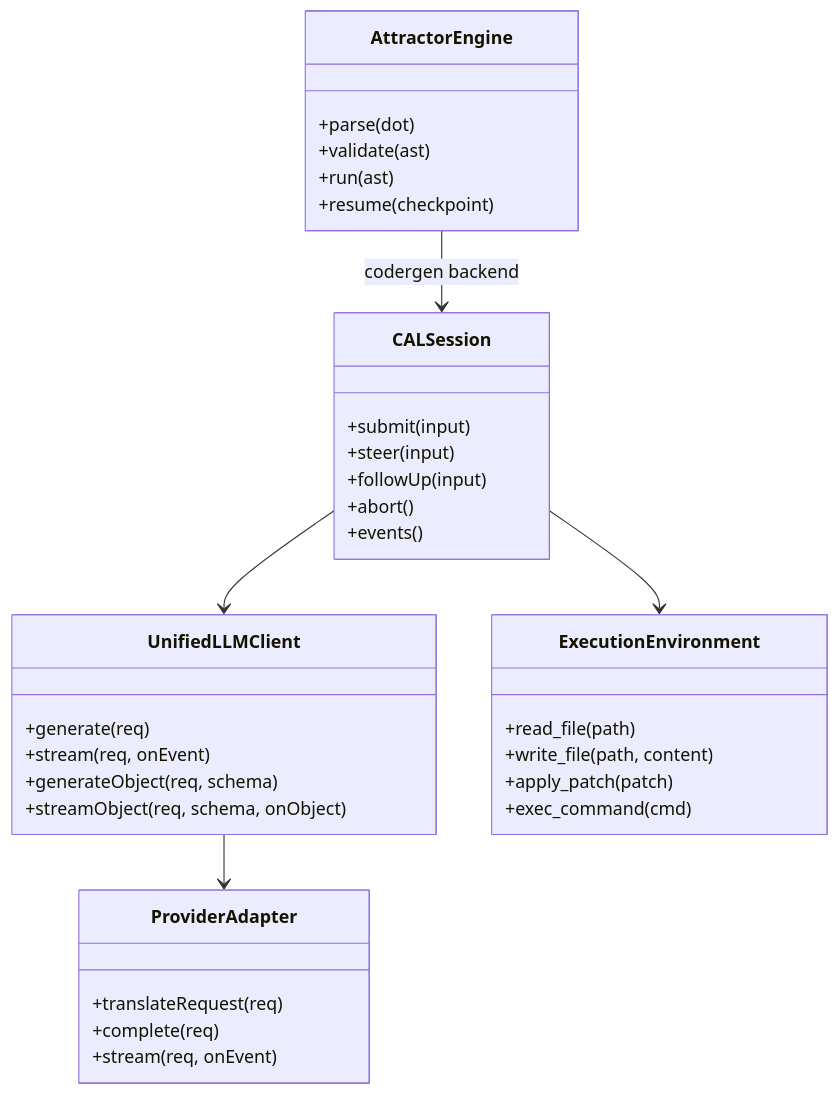
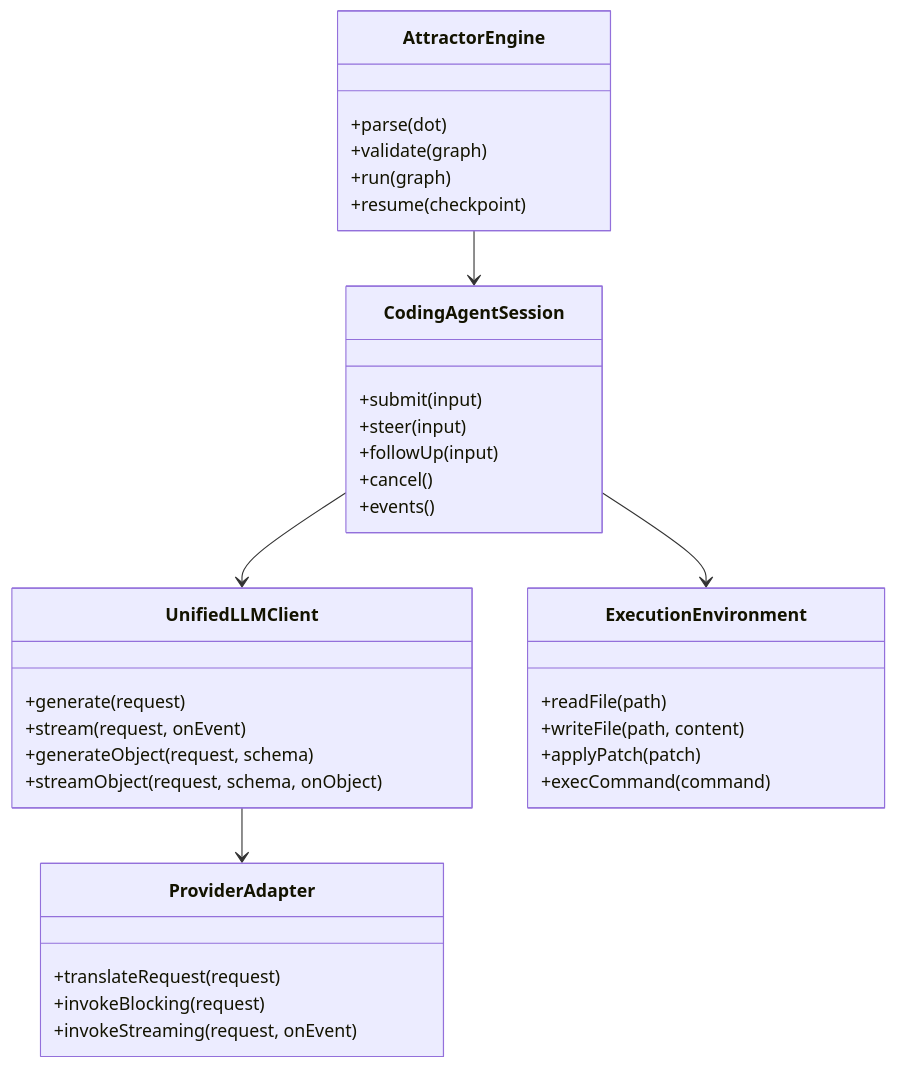
The first of 5 diagrams in docs/sprints/SPRINT-003-comprehensive-implementation-plan.md (jaytaylor/attractor-tcl), drawn with Mermaid before and after one commit. The commit also changed other lines of this file, not shown here.

````diff
--- a/docs/sprints/SPRINT-003-comprehensive-implementation-plan.md
+++ b/docs/sprints/SPRINT-003-comprehensive-implementation-plan.md
@@ -861,42 +459,42 @@
 ```mermaid
 classDiagram
   class UnifiedLLMClient {
-    +generate(req)
-    +stream(req, onEvent)
-    +generateObject(req, schema)
-    +streamObject(req, schema, onObject)
+    +generate(request)
+    +stream(request, onEvent)
+    +generateObject(request, schema)
+    +streamObject(request, schema, onObject)
   }
 
   class ProviderAdapter {
-    +translateRequest(req)
-    +complete(req)
-    +stream(req, onEvent)
+    +translateRequest(request)
+    +invokeBlocking(request)
+    +invokeStreaming(request, onEvent)
   }
 
-  class CALSession {
+  class CodingAgentSession {
     +submit(input)
     +steer(input)
     +followUp(input)
-    +abort()
+    +cancel()
     +events()
   }
 
   class ExecutionEnvironment {
-    +read_file(path)
-    +write_file(path, content)
-    +apply_patch(patch)
-    +exec_command(cmd)
+    +readFile(path)
+    +writeFile(path, content)
+    +applyPatch(patch)
+    +execCommand(command)
   }
 
   class AttractorEngine {
     +parse(dot)
-    +validate(ast)
-    +run(ast)
+    +validate(graph)
+    +run(graph)
     +resume(checkpoint)
   }
 
   UnifiedLLMClient --> ProviderAdapter
-  CALSession --> UnifiedLLMClient
-  CALSession --> ExecutionEnvironment
-  AttractorEngine --> CALSession : codergen backend
+  CodingAgentSession --> UnifiedLLMClient
+  CodingAgentSession --> ExecutionEnvironment
+  AttractorEngine --> CodingAgentSession
 ```
````
